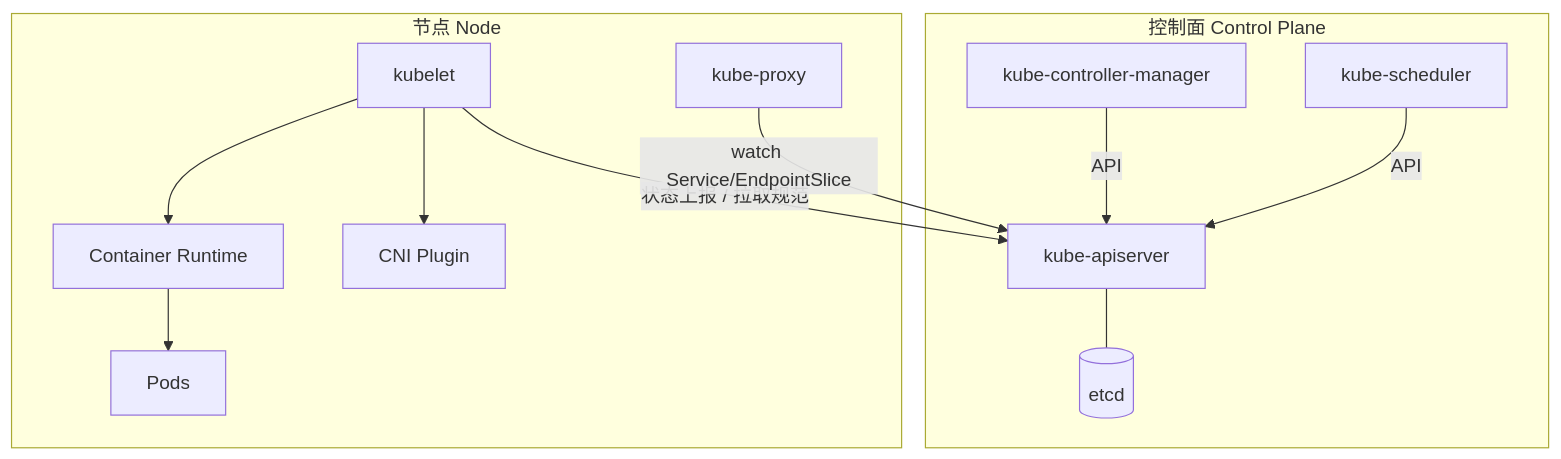
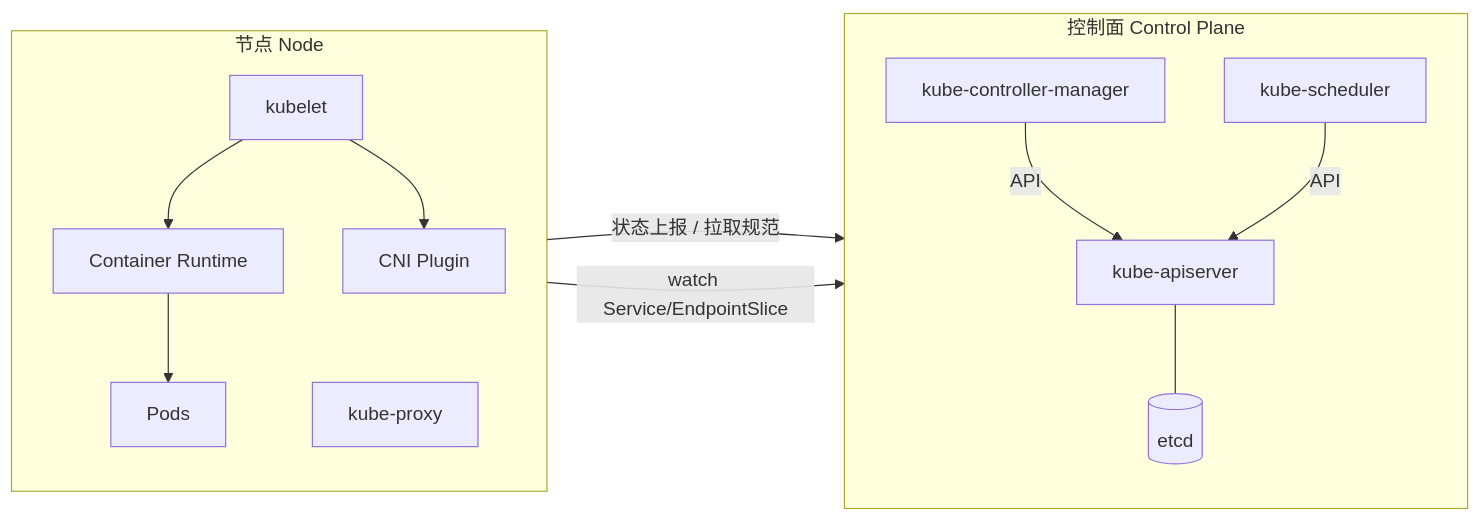
One commit to brinnatt/kubeauto changed the first of 3 diagrams in docs/whitepaper/02-k8s-architecture.md. Above: the diagram before and after it, drawn with Mermaid. The commit also changed other lines of this file, not shown here.

Commit message:
[fix] docs mermaid

````diff
--- a/docs/whitepaper/02-k8s-architecture.md
+++ b/docs/whitepaper/02-k8s-architecture.md
@@ -39,24 +39,26 @@
 ```mermaid
-flowchart TB
+flowchart LR
   subgraph cp["控制面 Control Plane"]
+    direction TB
     API[kube-apiserver]
     ETCD[(etcd)]
     CM[kube-controller-manager]
     SCH[kube-scheduler]
-    API --- ETCD
     CM -->|API| API
     SCH -->|API| API
+    API --- ETCD
   end
   subgraph dp["节点 Node"]
+    direction TB
     KL[kubelet]
     KP[kube-proxy]
     RT[Container Runtime]
     CNI[CNI Plugin]
     POD[Pods]
     KL --> RT
     KL --> CNI
     RT --> POD
   end
   KL -->|状态上报 / 拉取规范| API
   KP -->|watch Service/EndpointSlice| API
 ```
````
